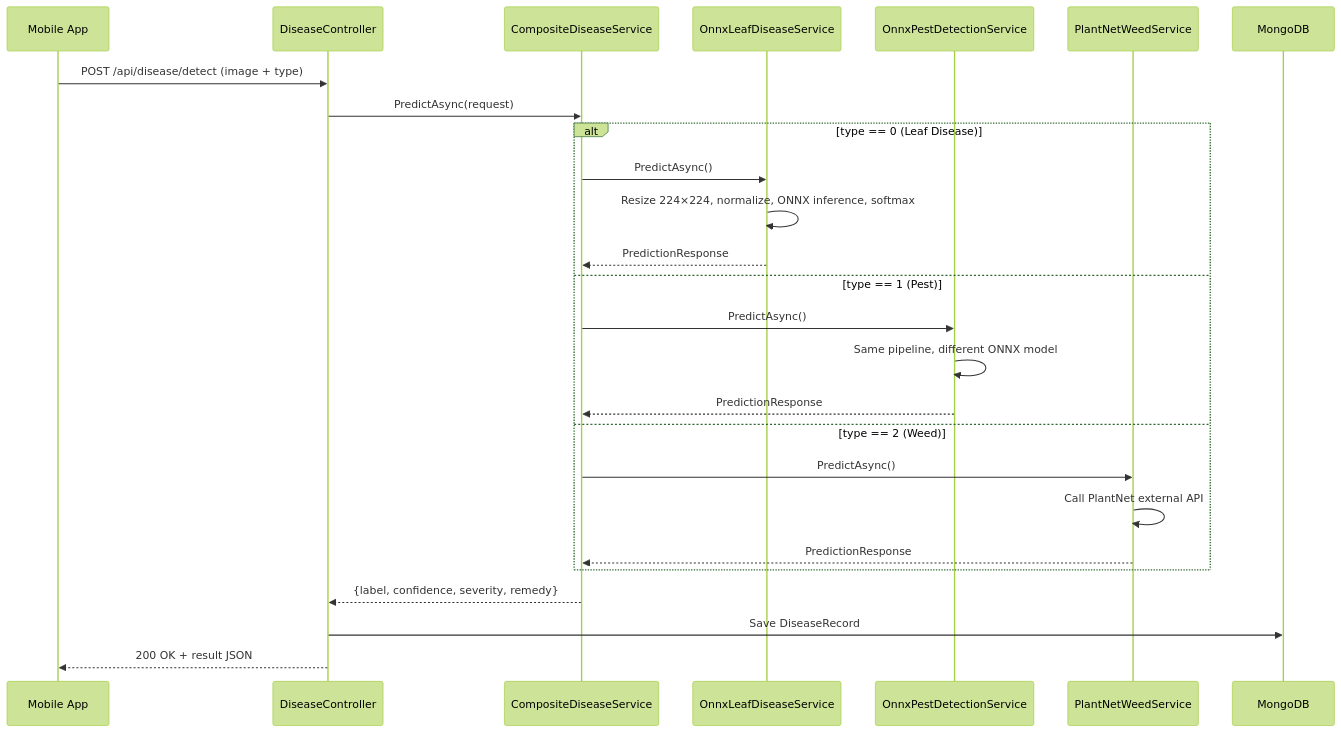
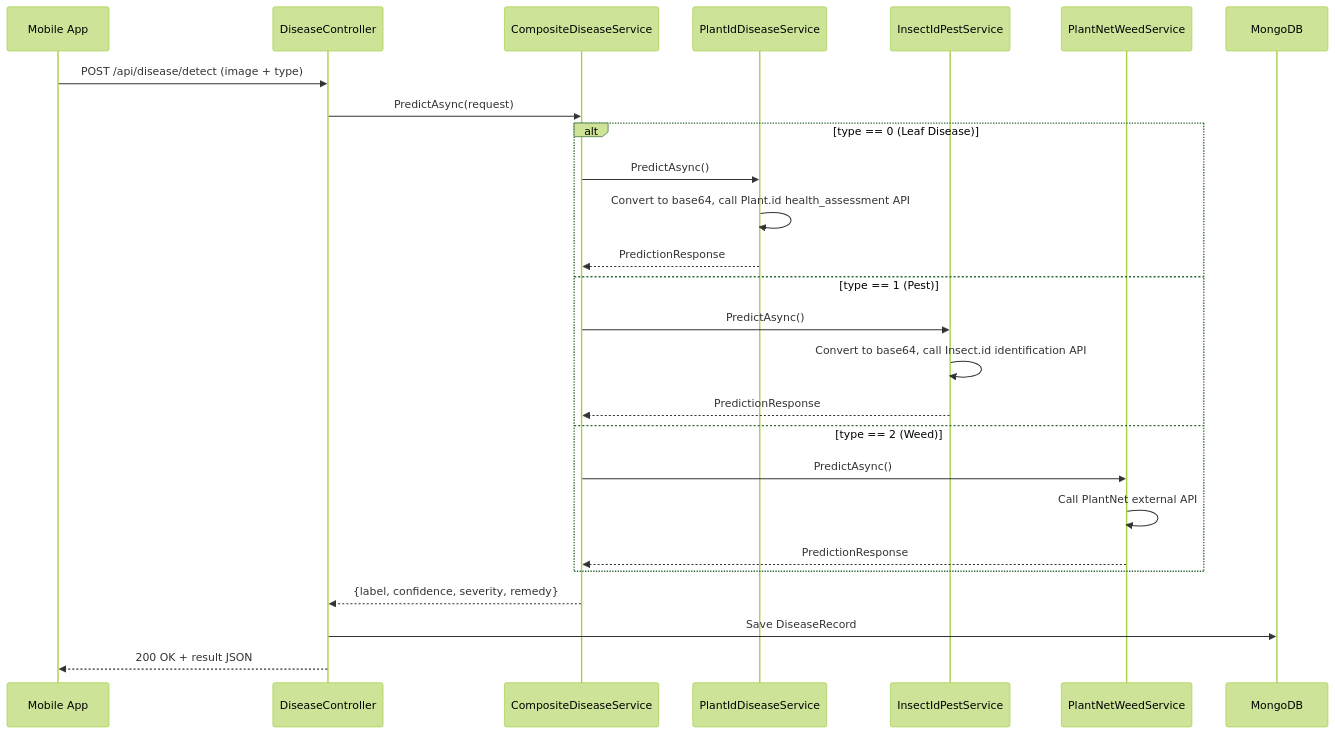
Before and after one commit to Yasitha-Bhanuka/RubberIntelligence.Backend: the diagram in RubberIntelligence.API/Modules/DiseaseDetection/README.md, drawn with Mermaid (forest theme). The commit also changed other lines of this file and 5 other files, not shown here.

Commit message:
Add plant.id and insect.id configurations for get the accurate outputs in this model.

````diff
--- a/RubberIntelligence.API/Modules/DiseaseDetection/README.md
+++ b/RubberIntelligence.API/Modules/DiseaseDetection/README.md
@@ -26,31 +26,31 @@
 ```mermaid
 sequenceDiagram
     participant App as Mobile App
     participant API as DiseaseController
     participant Comp as CompositeDiseaseService
-    participant Leaf as OnnxLeafDiseaseService
-    participant Pest as OnnxPestDetectionService
+    participant Leaf as PlantIdDiseaseService
+    participant Pest as InsectIdPestService
     participant Weed as PlantNetWeedService
     participant DB as MongoDB
 
     App->>API: POST /api/disease/detect (image + type)
     API->>Comp: PredictAsync(request)
 
     alt type == 0 (Leaf Disease)
         Comp->>Leaf: PredictAsync()
-        Leaf->>Leaf: Resize 224×224, normalize, ONNX inference, softmax
+        Leaf->>Leaf: Convert to base64, call Plant.id health_assessment API
         Leaf-->>Comp: PredictionResponse
     else type == 1 (Pest)
         Comp->>Pest: PredictAsync()
-        Pest->>Pest: Same pipeline, different ONNX model
+        Pest->>Pest: Convert to base64, call Insect.id identification API
         Pest-->>Comp: PredictionResponse
     else type == 2 (Weed)
         Comp->>Weed: PredictAsync()
         Weed->>Weed: Call PlantNet external API
         Weed-->>Comp: PredictionResponse
     end
 
     Comp-->>API: {label, confidence, severity, remedy}
     API->>DB: Save DiseaseRecord
     API-->>App: 200 OK + result JSON
 ```
````
